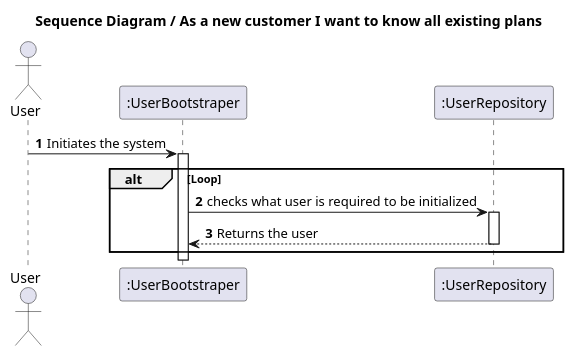
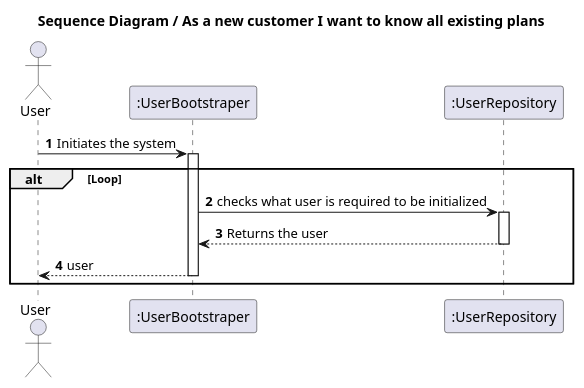
One commit to IsepMartimOliveira/SIDIS changed the diagram in docs_sidis/Users/US01/SD.puml. Above: the diagram before and after it, drawn with PlantUML. The commit also changed 20 other files, not shown here.

```diff
--- a/docs_sidis/Users/US01/SD.puml
+++ b/docs_sidis/Users/US01/SD.puml
@@ -1,24 +1,25 @@
 @startuml
 'https://plantuml.com/sequence-diagram
 autoactivate on
 autonumber
 title  Sequence Diagram / As a new customer I want to know all existing plans
 
 autonumber
 
 actor "User" as Ac
 participant ":UserBootstraper" as Ctrl
 
 participant ":UserRepository" as Repo
 
 Ac->Ctrl:Initiates the system
 alt Loop
 Ctrl->Repo:checks what user is required to be initialized
 Repo-->Ctrl:Returns the user
+Ctrl-->Ac: user
 end
 
 
 
 
 
 @enduml
```
